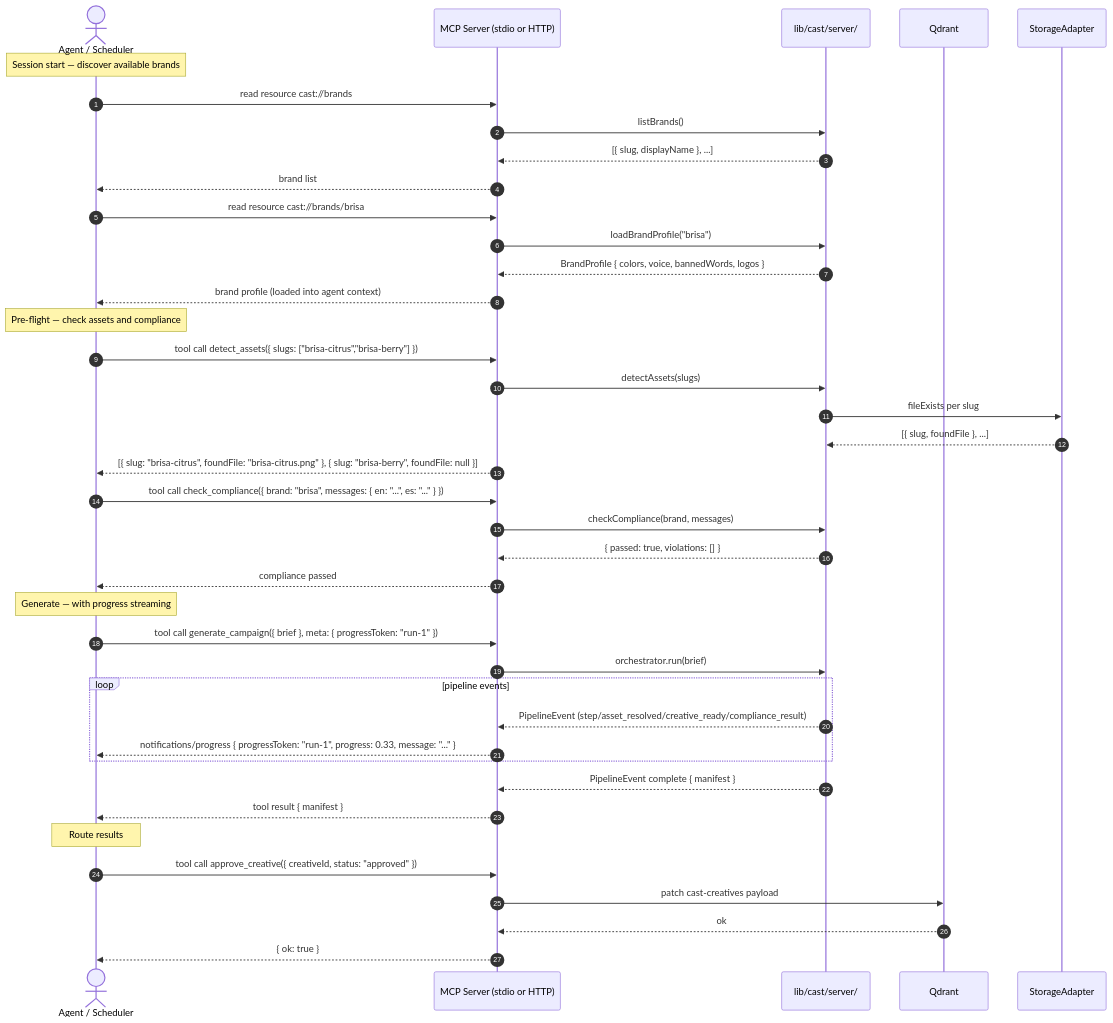
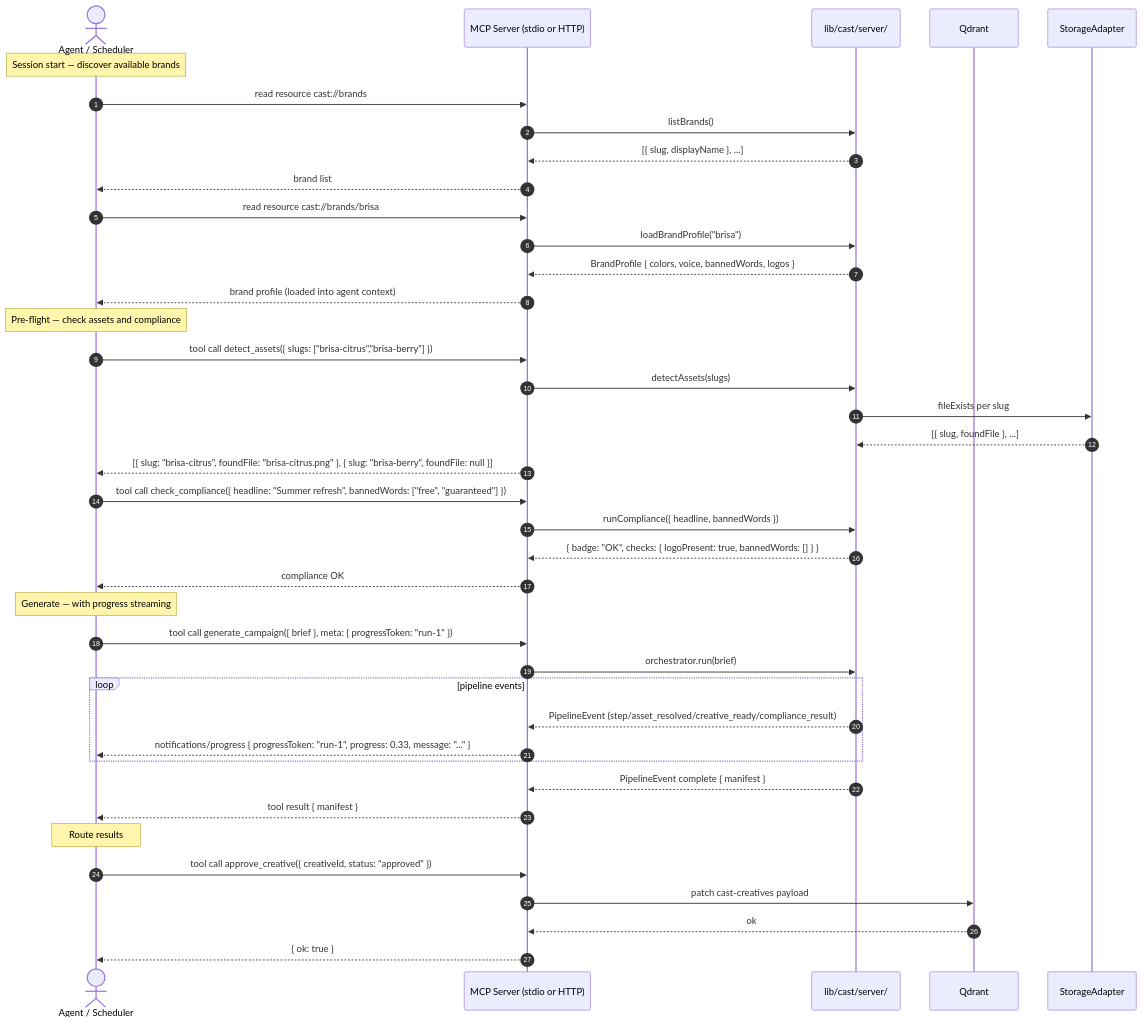
Before and after one commit to arndvs/cast: the eighth of 10 diagrams in docs/v2-backend-evolution/flow-diagrams-v2.md, drawn with Mermaid. The commit also changed 1 other file, not shown here.

Commit message:
docs: fix check_compliance flow diagram and BackgroundVariant edges
- flow-diagrams-v2.md: check_compliance now shows actual input/output
  shape (headline + bannedWords → badge + checks)
- system-map.md: BackgroundVariant edges use dashed lines to indicate
  v2/future composition, matching shipped behavior

````diff
--- a/docs/v2-backend-evolution/flow-diagrams-v2.md
+++ b/docs/v2-backend-evolution/flow-diagrams-v2.md
@@ -225,48 +225,48 @@
 ```mermaid
 sequenceDiagram
     autonumber
     actor Agent as Agent / Scheduler
     participant MCP as MCP Server (stdio or HTTP)
     participant Lib as lib/cast/server/
     participant Qdrant as Qdrant
     participant Storage as StorageAdapter
 
     Note over Agent: Session start — discover available brands
     Agent->>MCP: read resource cast://brands
     MCP->>Lib: listBrands()
     Lib-->>MCP: [{ slug, displayName }, ...]
     MCP-->>Agent: brand list
 
     Agent->>MCP: read resource cast://brands/brisa
     MCP->>Lib: loadBrandProfile("brisa")
     Lib-->>MCP: BrandProfile { colors, voice, bannedWords, logos }
     MCP-->>Agent: brand profile (loaded into agent context)
 
     Note over Agent: Pre-flight — check assets and compliance
     Agent->>MCP: tool call detect_assets({ slugs: ["brisa-citrus","brisa-berry"] })
     MCP->>Lib: detectAssets(slugs)
     Lib->>Storage: fileExists per slug
     Storage-->>Lib: [{ slug, foundFile }, ...]
     MCP-->>Agent: [{ slug: "brisa-citrus", foundFile: "brisa-citrus.png" }, { slug: "brisa-berry", foundFile: null }]
 
-    Agent->>MCP: tool call check_compliance({ brand: "brisa", messages: { en: "...", es: "..." } })
-    MCP->>Lib: checkCompliance(brand, messages)
-    Lib-->>MCP: { passed: true, violations: [] }
-    MCP-->>Agent: compliance passed
+    Agent->>MCP: tool call check_compliance({ headline: "Summer refresh", bannedWords: ["free", "guaranteed"] })
+    MCP->>Lib: runCompliance({ headline, bannedWords })
+    Lib-->>MCP: { badge: "OK", checks: { logoPresent: true, bannedWords: [] } }
+    MCP-->>Agent: compliance OK
 
     Note over Agent: Generate — with progress streaming
     Agent->>MCP: tool call generate_campaign({ brief }, meta: { progressToken: "run-1" })
     MCP->>Lib: orchestrator.run(brief)
     loop pipeline events
         Lib-->>MCP: PipelineEvent (step/asset_resolved/creative_ready/compliance_result)
         MCP-->>Agent: notifications/progress { progressToken: "run-1", progress: 0.33, message: "..." }
     end
     Lib-->>MCP: PipelineEvent complete { manifest }
     MCP-->>Agent: tool result { manifest }
 
     Note over Agent: Route results
     Agent->>MCP: tool call approve_creative({ creativeId, status: "approved" })
     MCP->>Qdrant: patch cast-creatives payload
     Qdrant-->>MCP: ok
     MCP-->>Agent: { ok: true }
 ```
````
